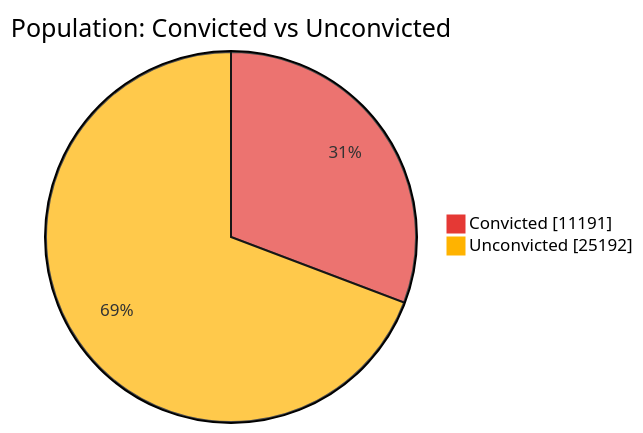
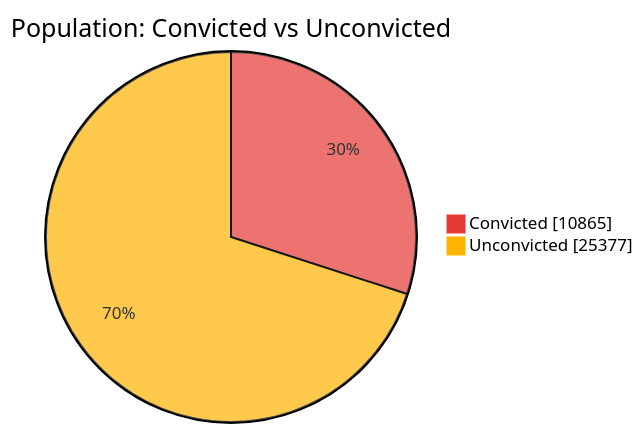
Before and after one commit to nuuuwan/lk_prisons: the first of 7 diagrams in README.md, drawn with Mermaid. The commit also changed other lines of this file and 1 other file, not shown here.

````diff
--- a/README.md
+++ b/README.md
@@ -43,6 +43,6 @@
 ```mermaid
 %%{init: {'themeVariables': {'pie1': '#E53935', 'pie2': '#FFB300'}}}%%
 pie showData title Population: Convicted vs Unconvicted
-    "Convicted" : 11191
-    "Unconvicted" : 25192
+    "Convicted" : 10865
+    "Unconvicted" : 25377
 ```
````
